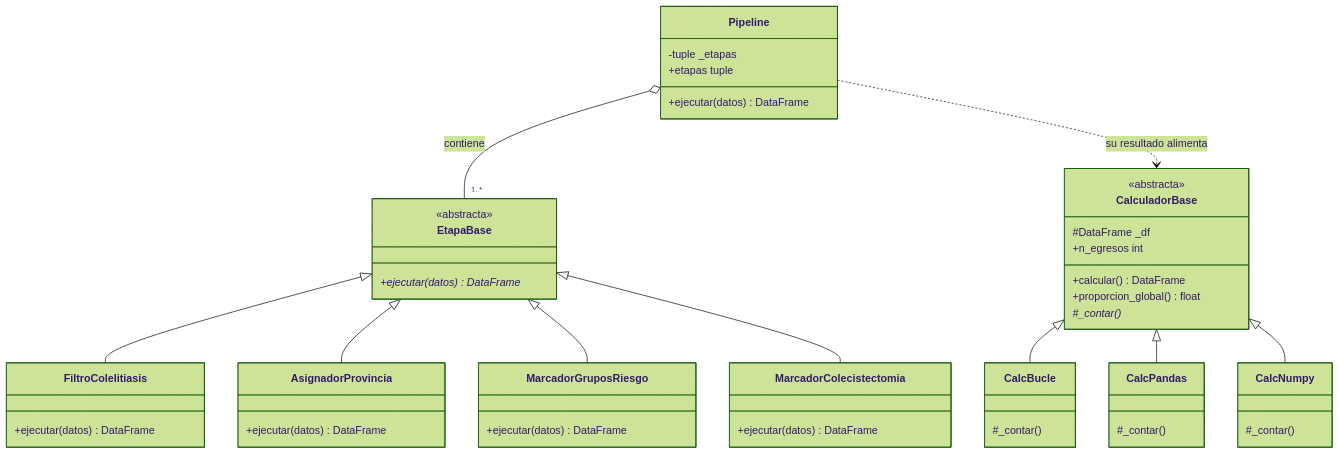
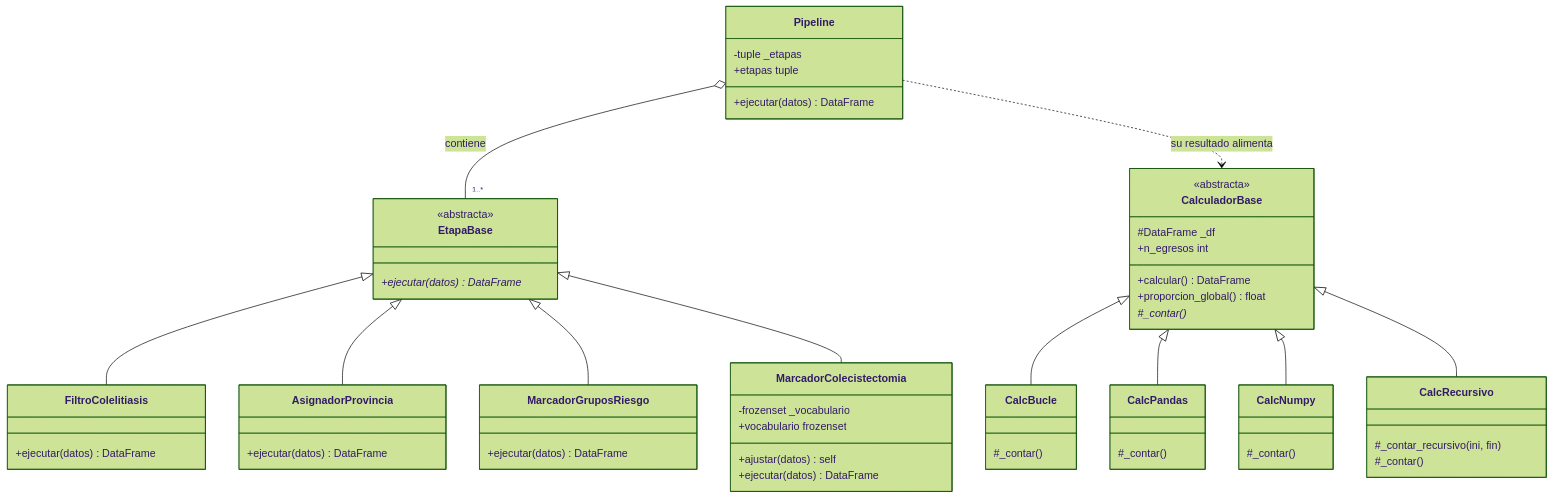
The diagram in docs/arquitectura_f3.md (PaulaBecerraV/proyecto-grupo2-mcdi500), drawn with Mermaid (forest theme) before and after one commit. The commit also changed other lines of this file, not shown here.

Commit message:
docs: diagrama con la etapa que aprende y la estrategia recursiva

````diff
--- a/docs/arquitectura_f3.md
+++ b/docs/arquitectura_f3.md
@@ -5,62 +5,71 @@
 ```mermaid
 classDiagram
     direction TB
 
     class EtapaBase {
         <<abstracta>>
         +ejecutar(datos) DataFrame*
     }
 
     class Pipeline {
         -tuple _etapas
         +etapas tuple
         +ejecutar(datos) DataFrame
     }
 
     class FiltroColelitiasis {
         +ejecutar(datos) DataFrame
     }
 
     class AsignadorProvincia {
         +ejecutar(datos) DataFrame
     }
 
     class MarcadorGruposRiesgo {
         +ejecutar(datos) DataFrame
     }
 
     class MarcadorColecistectomia {
+        -frozenset _vocabulario
+        +vocabulario frozenset
+        +ajustar(datos) self
         +ejecutar(datos) DataFrame
     }
 
     class CalculadorBase {
         <<abstracta>>
         #DataFrame _df
         +n_egresos int
         +calcular() DataFrame
         +proporcion_global() float
         #_contar()*
     }
 
     class CalcBucle {
         #_contar()
     }
 
     class CalcPandas {
         #_contar()
     }
 
     class CalcNumpy {
         #_contar()
     }
 
+    class CalcRecursivo {
+        #_contar_recursivo(ini, fin)
+        #_contar()
+    }
+
     EtapaBase <|-- FiltroColelitiasis
     EtapaBase <|-- AsignadorProvincia
     EtapaBase <|-- MarcadorGruposRiesgo
     EtapaBase <|-- MarcadorColecistectomia
     Pipeline o-- "1..*" EtapaBase : contiene
     CalculadorBase <|-- CalcBucle
     CalculadorBase <|-- CalcPandas
     CalculadorBase <|-- CalcNumpy
+    CalculadorBase <|-- CalcRecursivo
     Pipeline ..> CalculadorBase : su resultado alimenta
 ```
````
